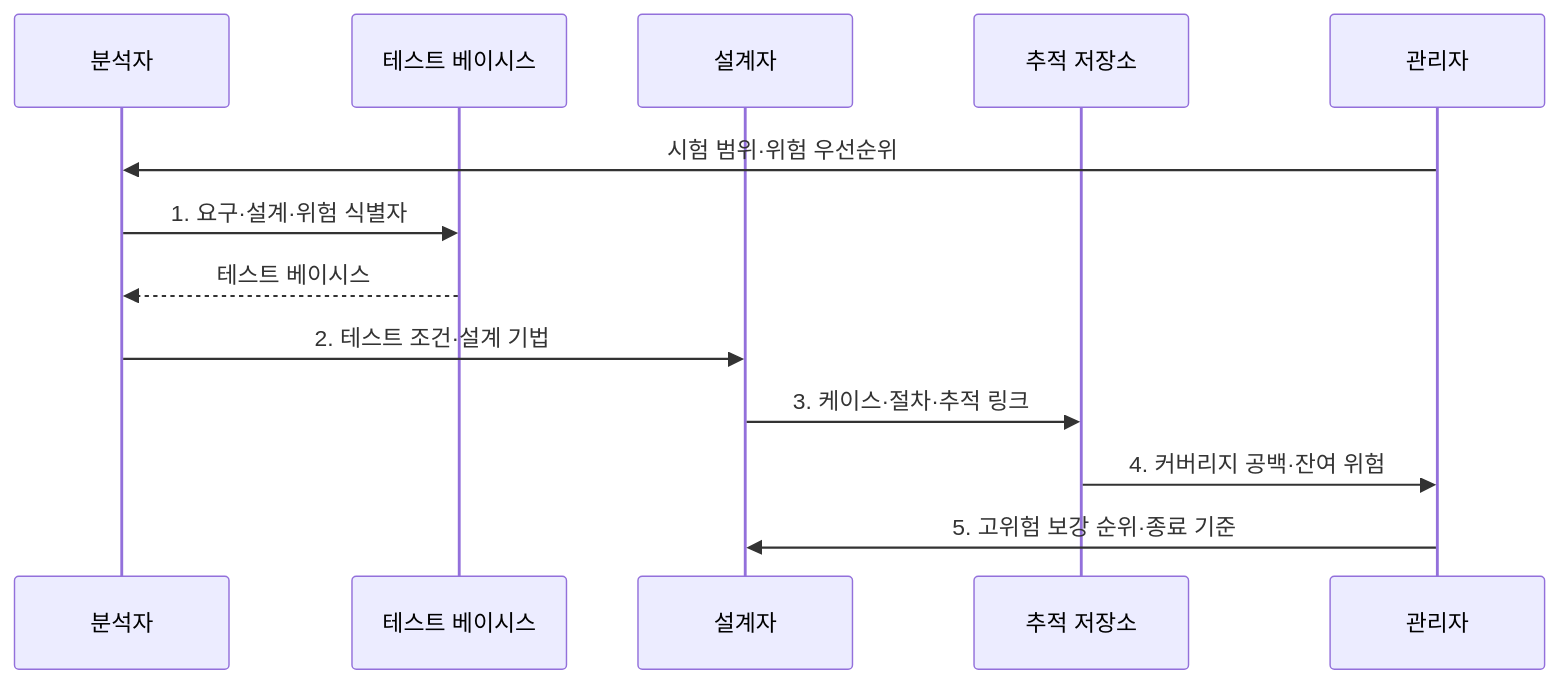
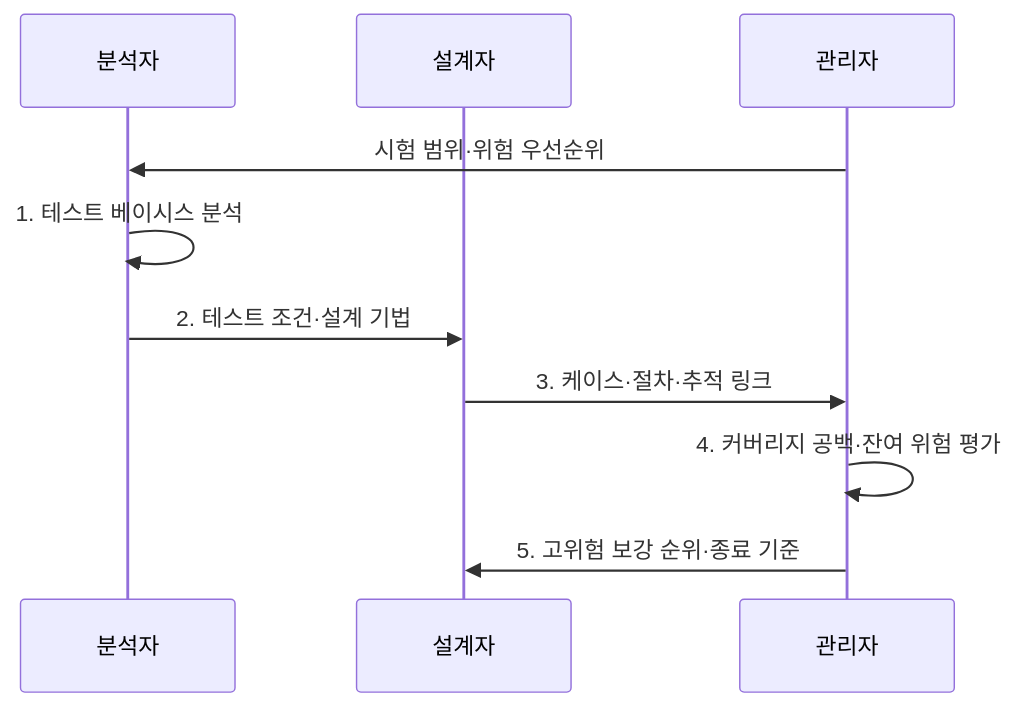
One commit to agnusdei1207/knowledge-base changed the second of 2 diagrams in src/content/docs/notes/03-software/079_iso_29119_test_design.md. Above: the diagram before and after it, drawn with Mermaid. The commit also changed other lines of this file and 8 other files, not shown here.

Commit message:
Clarify software quality diagrams

````diff
--- a/src/content/docs/notes/03-software/079_iso_29119_test_design.md
+++ b/src/content/docs/notes/03-software/079_iso_29119_test_design.md
@@ -104,15 +104,12 @@
 ```mermaid
 sequenceDiagram
     participant A as 분석자
-    participant B as 테스트 베이시스
     participant D as 설계자
-    participant T as 추적 저장소
     participant M as 관리자
     M->>A: 시험 범위·위험 우선순위
-    A->>B: 1. 요구·설계·위험 식별자
-    B-->>A: 테스트 베이시스
+    A->>A: 1. 테스트 베이시스 분석
     A->>D: 2. 테스트 조건·설계 기법
-    D->>T: 3. 케이스·절차·추적 링크
-    T->>M: 4. 커버리지 공백·잔여 위험
+    D->>M: 3. 케이스·절차·추적 링크
+    M->>M: 4. 커버리지 공백·잔여 위험 평가
     M->>D: 5. 고위험 보강 순위·종료 기준
 ```
````
